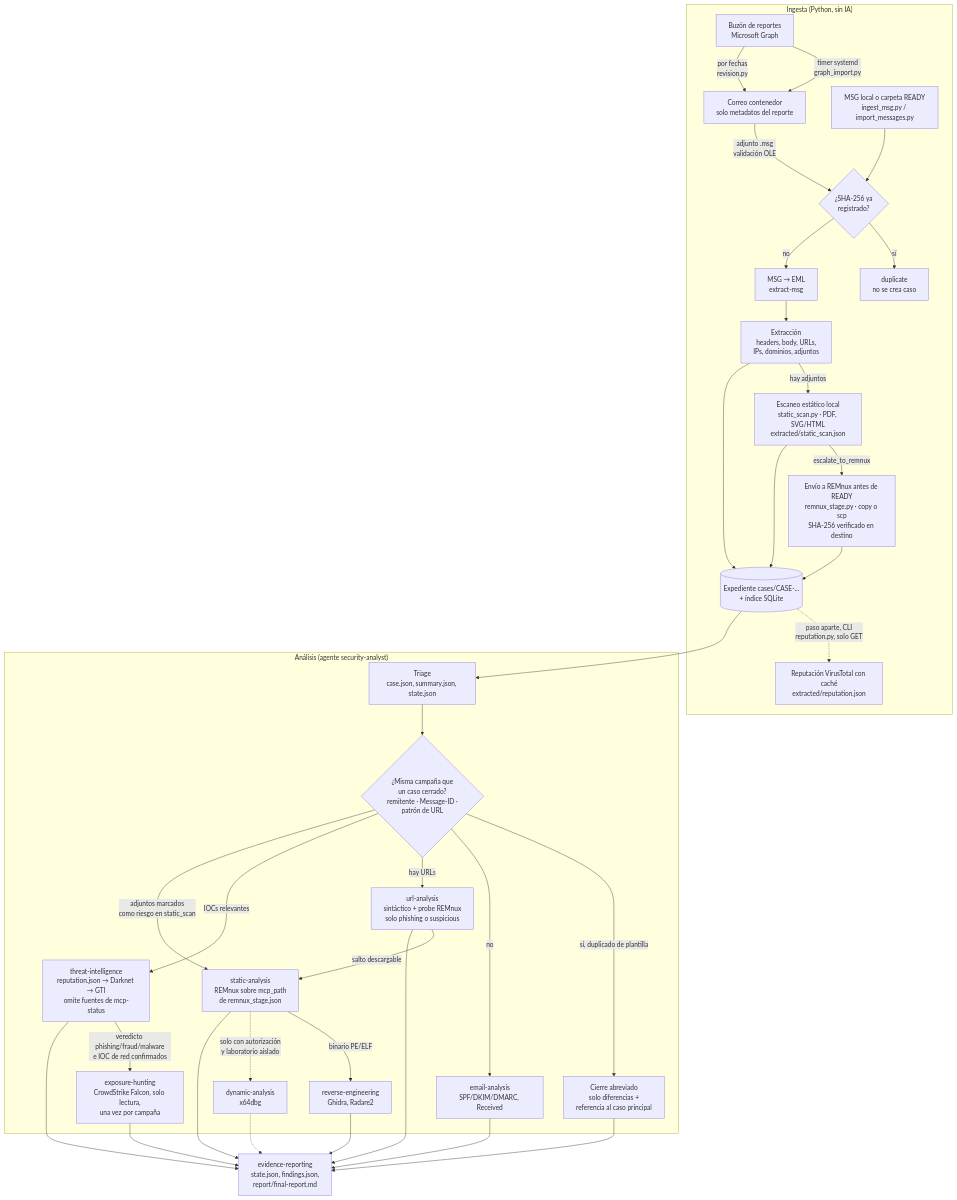
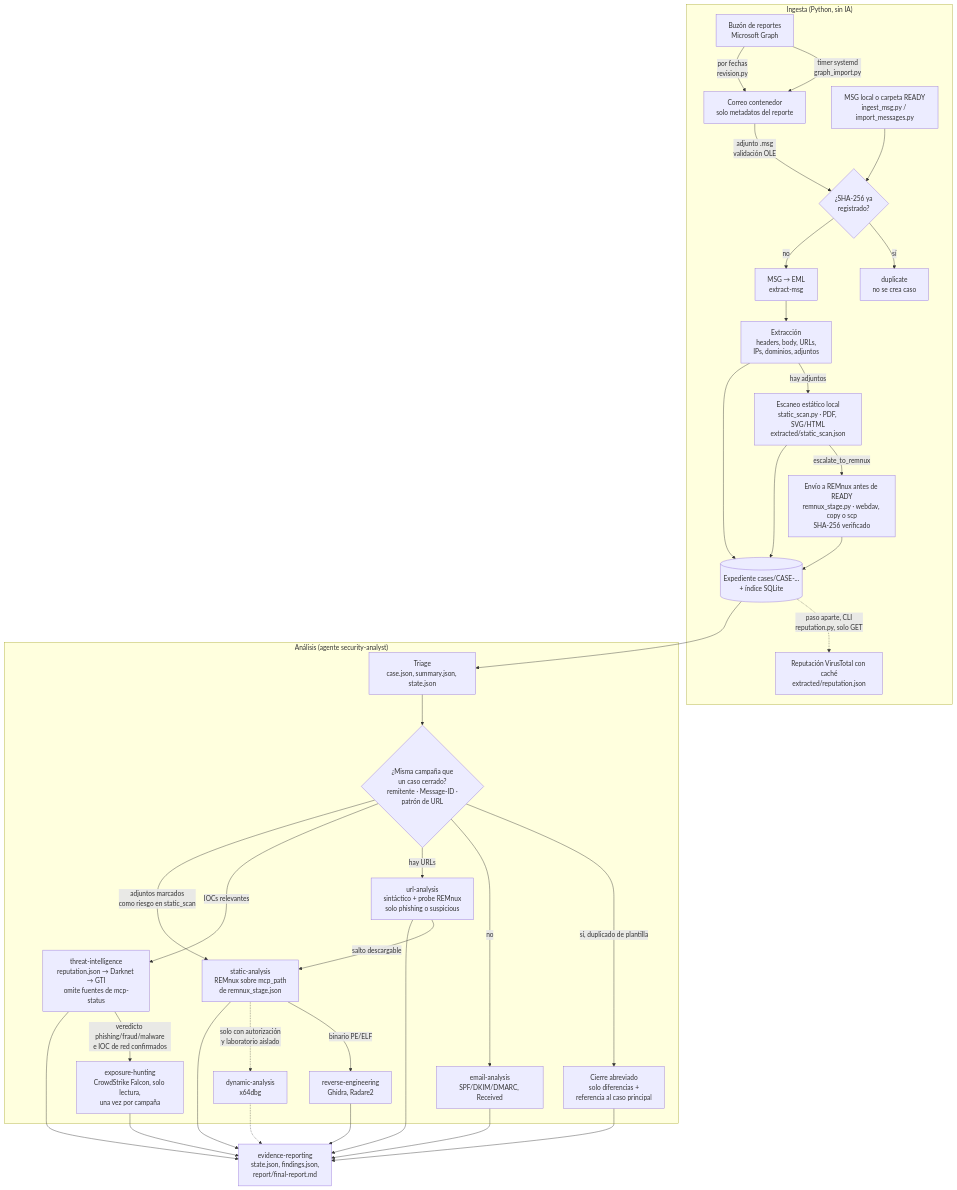
Before and after one commit to aemunozr/superphishing: the second of 2 diagrams in README.md, drawn with Mermaid. The commit also changed other lines of this file and 1 other file, not shown here.

````diff
--- a/README.md
+++ b/README.md
@@ -84,42 +85,42 @@
 ```mermaid
 flowchart TD
     subgraph Ingesta["Ingesta (Python, sin IA)"]
         A[Buzón de reportes<br/>Microsoft Graph] -->|timer systemd<br/>graph_import.py| C
         A -->|por fechas<br/>revision.py| C
         B[MSG local o carpeta READY<br/>ingest_msg.py / import_messages.py] --> D
         C[Correo contenedor<br/>solo metadatos del reporte] -->|adjunto .msg<br/>validación OLE| D
         D{¿SHA-256 ya<br/>registrado?} -->|sí| X[duplicate<br/>no se crea caso]
         D -->|no| E[MSG → EML<br/>extract-msg]
         E --> F[Extracción<br/>headers, body, URLs,<br/>IPs, dominios, adjuntos]
         F -->|hay adjuntos| SS["Escaneo estático local<br/>static_scan.py · PDF, SVG/HTML<br/>extracted/static_scan.json"]
         F --> G[(Expediente cases/CASE-...<br/>+ índice SQLite)]
-        SS -->|escalate_to_remnux| RS["Envío a REMnux antes de READY<br/>remnux_stage.py · copy o scp<br/>SHA-256 verificado en destino"]
+        SS -->|escalate_to_remnux| RS["Envío a REMnux antes de READY<br/>remnux_stage.py · webdav, copy o scp<br/>SHA-256 verificado"]
         SS --> G
         RS --> G
         G -.->|paso aparte, CLI<br/>reputation.py, solo GET| RP[Reputación VirusTotal con caché<br/>extracted/reputation.json]
     end
 
     subgraph Analisis["Análisis (agente security-analyst)"]
         G --> H[Triage<br/>case.json, summary.json, state.json]
         H --> CP{"¿Misma campaña que<br/>un caso cerrado?<br/>remitente · Message-ID ·<br/>patrón de URL"}
         CP -->|sí, duplicado de plantilla| AB["Cierre abreviado<br/>solo diferencias +<br/>referencia al caso principal"]
         CP -->|no| I[email-analysis<br/>SPF/DKIM/DMARC, Received]
         CP -->|hay URLs| J["url-analysis<br/>sintáctico + probe REMnux<br/>solo phishing o suspicious"]
         CP -->|IOCs relevantes| K["threat-intelligence<br/>reputation.json → Darknet → GTI<br/>omite fuentes de mcp-status"]
         CP -->|adjuntos marcados<br/>como riesgo en static_scan| L["static-analysis<br/>REMnux sobre mcp_path<br/>de remnux_stage.json"]
         J -->|salto descargable| L
         K -->|veredicto phishing/fraud/malware<br/>e IOC de red confirmados| O[exposure-hunting<br/>CrowdStrike Falcon, solo lectura,<br/>una vez por campaña]
         L -->|binario PE/ELF| M[reverse-engineering<br/>Ghidra, Radare2]
         L -.->|solo con autorización<br/>y laboratorio aislado| N[dynamic-analysis<br/>x64dbg]
     end
 
     I --> R
     J --> R
     K --> R
     L --> R
     M --> R
     N -.-> R
     O --> R
     AB --> R
     R[evidence-reporting<br/>state.json, findings.json,<br/>report/final-report.md]
 ```
````
